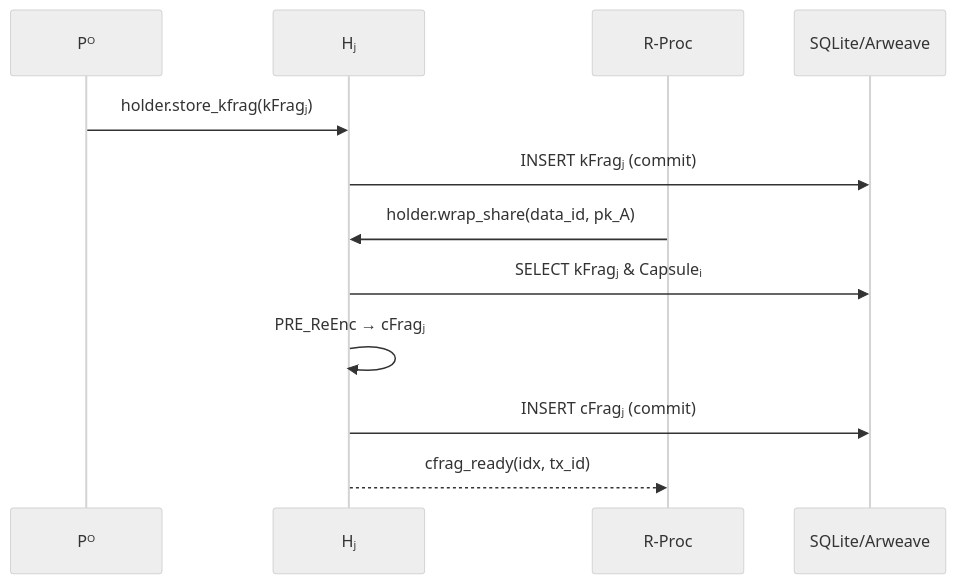
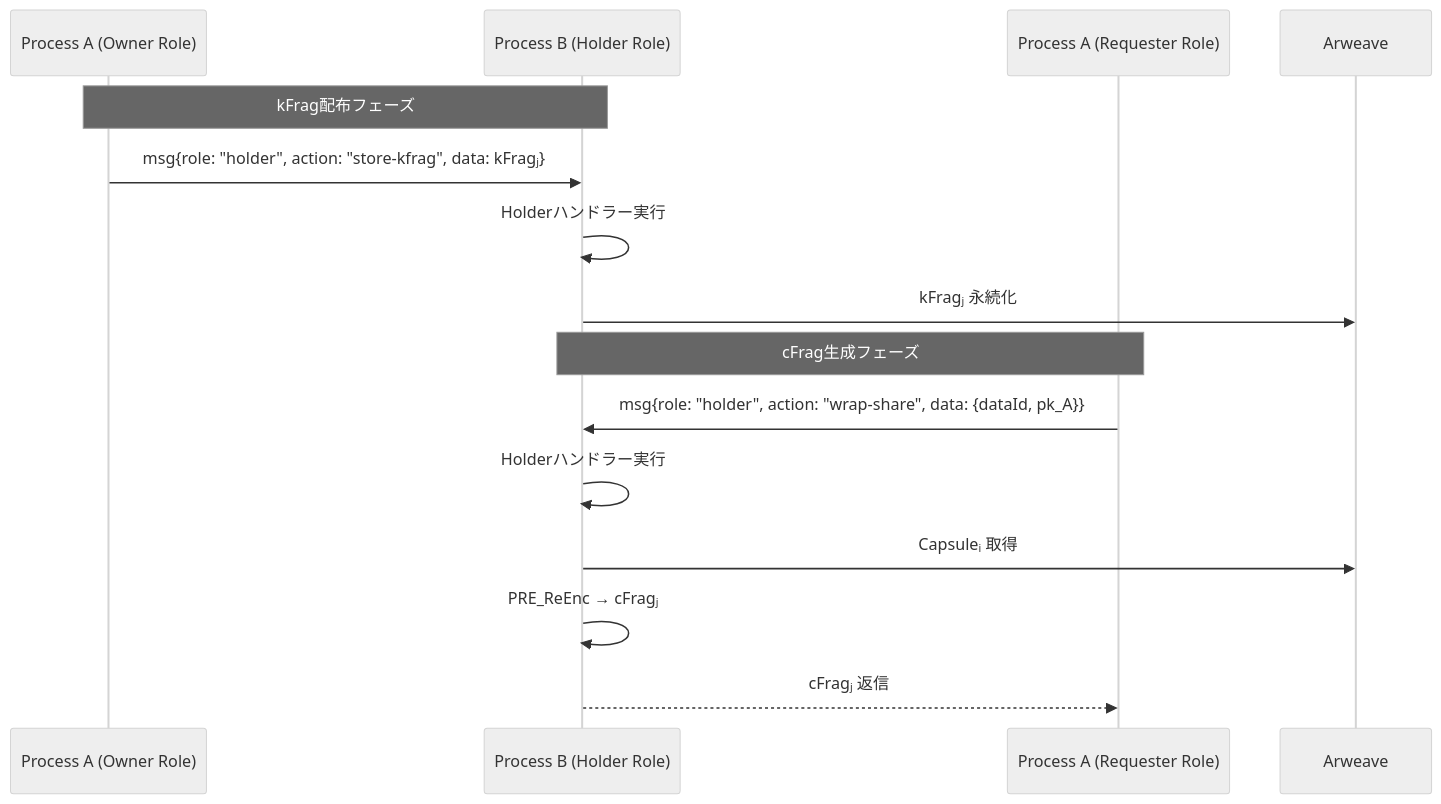
The diagram in docs/features/Holder-Process.md (shodaimomiyama/D-TPRES), drawn with Mermaid (neutral theme) before and after one commit. The commit also changed other lines of this file and 9 other files, not shown here.

````diff
--- a/docs/features/Holder-Process.md
+++ b/docs/features/Holder-Process.md
@@ -47,15 +54,19 @@
 ```mermaid
 sequenceDiagram
-    participant PO as Pᴼ
-    participant H as Hⱼ
-    participant RP as R-Proc
-    participant DB as SQLite/Arweave
+    participant OP as Process A (Owner Role)
+    participant HP as Process B (Holder Role)
+    participant RP as Process A (Requester Role)
+    participant AR as Arweave
 
-    PO->>H: holder.store_kfrag(kFragⱼ)
-    H->>DB: INSERT kFragⱼ (commit)
-    RP->>H: holder.wrap_share(data_id, pk_A)
-    H->>DB: SELECT kFragⱼ & Capsuleᵢ
-    H->>H: PRE_ReEnc → cFragⱼ
-    H->>DB: INSERT cFragⱼ (commit)
-    H-->>RP: cfrag_ready(idx, tx_id)
+    Note over OP,HP: kFrag配布フェーズ
+    OP->>HP: msg{role: "holder", action: "store-kfrag", data: kFragⱼ}
+    HP->>HP: Holderハンドラー実行
+    HP->>AR: kFragⱼ 永続化
+
+    Note over RP,HP: cFrag生成フェーズ
+    RP->>HP: msg{role: "holder", action: "wrap-share", data: {dataId, pk_A}}
+    HP->>HP: Holderハンドラー実行
+    HP->>AR: Capsuleᵢ 取得
+    HP->>HP: PRE_ReEnc → cFragⱼ
+    HP-->>RP: cFragⱼ 返信
 ```
````
